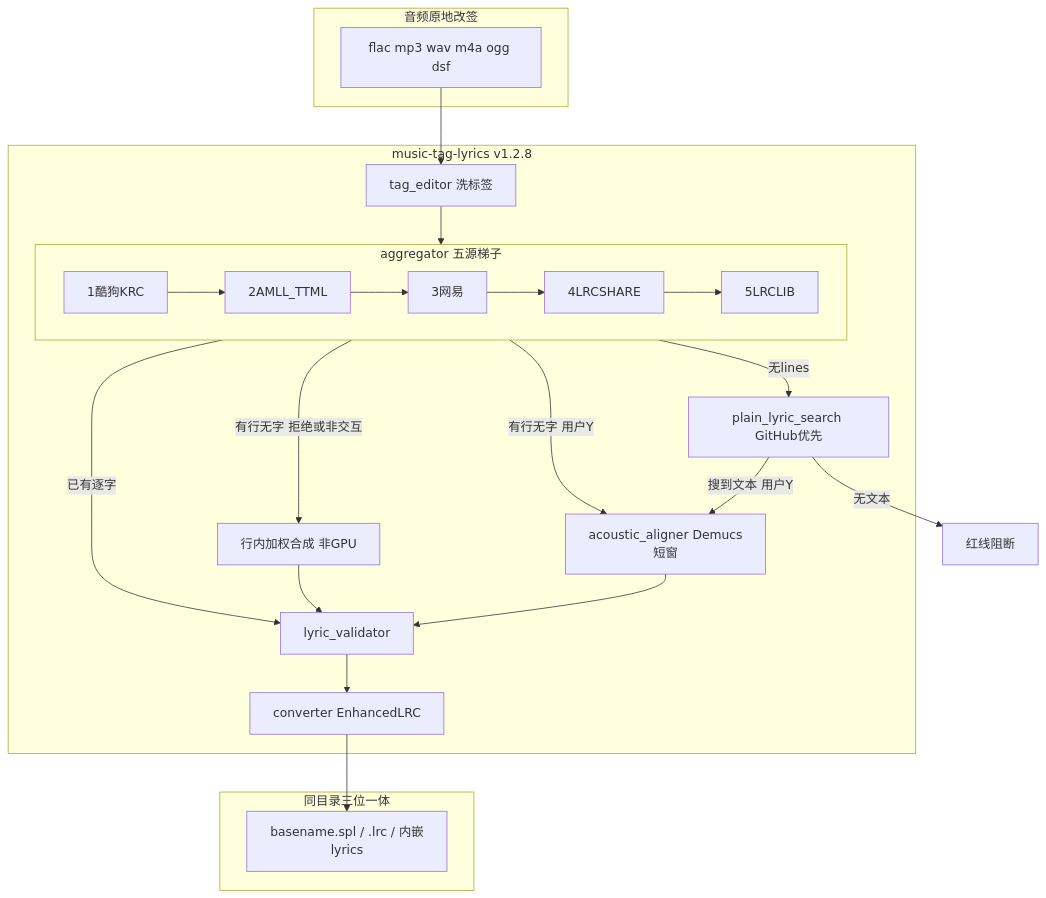
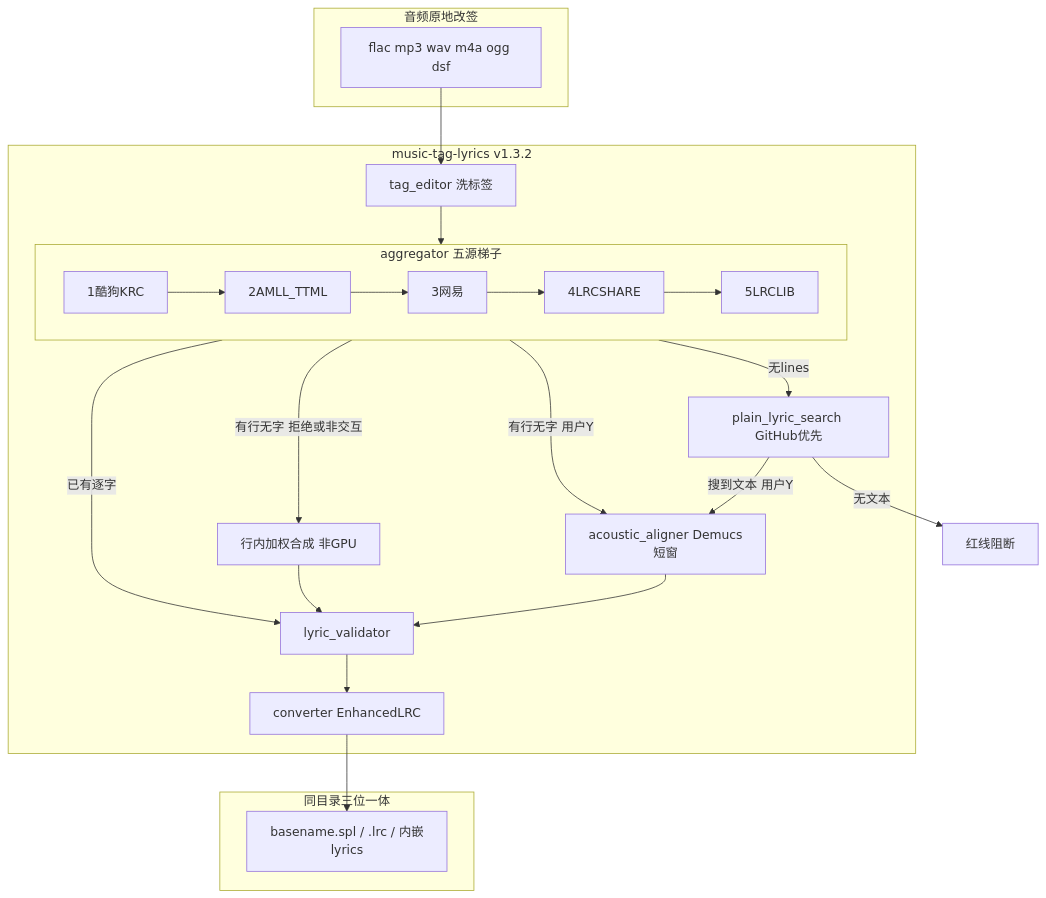
One commit to sxsxhhi/music-tag-lyrics changed the first of 2 diagrams in README.md. Above: the diagram before and after it, drawn with Mermaid. The commit also changed other lines of this file and 16 other files, not shown here.

````diff
--- a/README.md
+++ b/README.md
@@ -65,35 +65,35 @@
 ```mermaid
 flowchart TD
   subgraph host [音频原地改签]
     Audio[flac mp3 wav m4a ogg dsf]
   end
-  subgraph skill [music-tag-lyrics v1.2.8]
+  subgraph skill [music-tag-lyrics v1.3.2]
     Tags[tag_editor 洗标签]
     subgraph agg [aggregator 五源梯子]
       Kugou[1酷狗KRC]
       Amll[2AMLL_TTML]
       Netease[3网易]
       Lrcs[4LRCSHARE]
       Lrclib[5LRCLIB]
       Kugou --> Amll --> Netease --> Lrcs --> Lrclib
     end
     Valid[lyric_validator]
     Conv[converter EnhancedLRC]
     GPU[acoustic_aligner Demucs短窗]
     Synth[行内加权合成 非GPU]
     Search[plain_lyric_search GitHub优先]
   end
   subgraph out [同目录三位一体]
     Files["basename.spl / .lrc / 内嵌lyrics"]
   end
   Audio --> Tags --> agg
   agg -->|已有逐字| Valid
   agg -->|有行无字 用户Y| GPU
   agg -->|有行无字 拒绝或非交互| Synth
   agg -->|无lines| Search
   Search -->|搜到文本 用户Y| GPU
   Search -->|无文本| Block[红线阻断]
   GPU --> Valid
   Synth --> Valid
   Valid --> Conv --> Files
 ```
````
